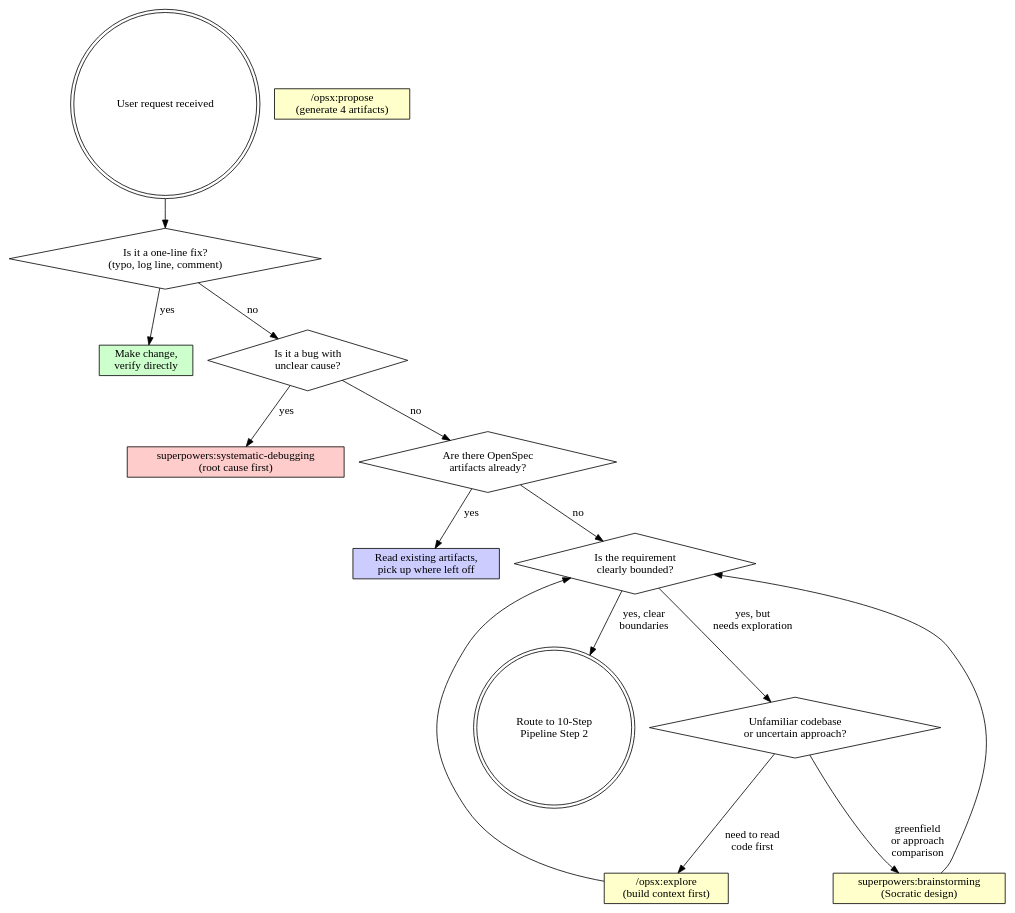
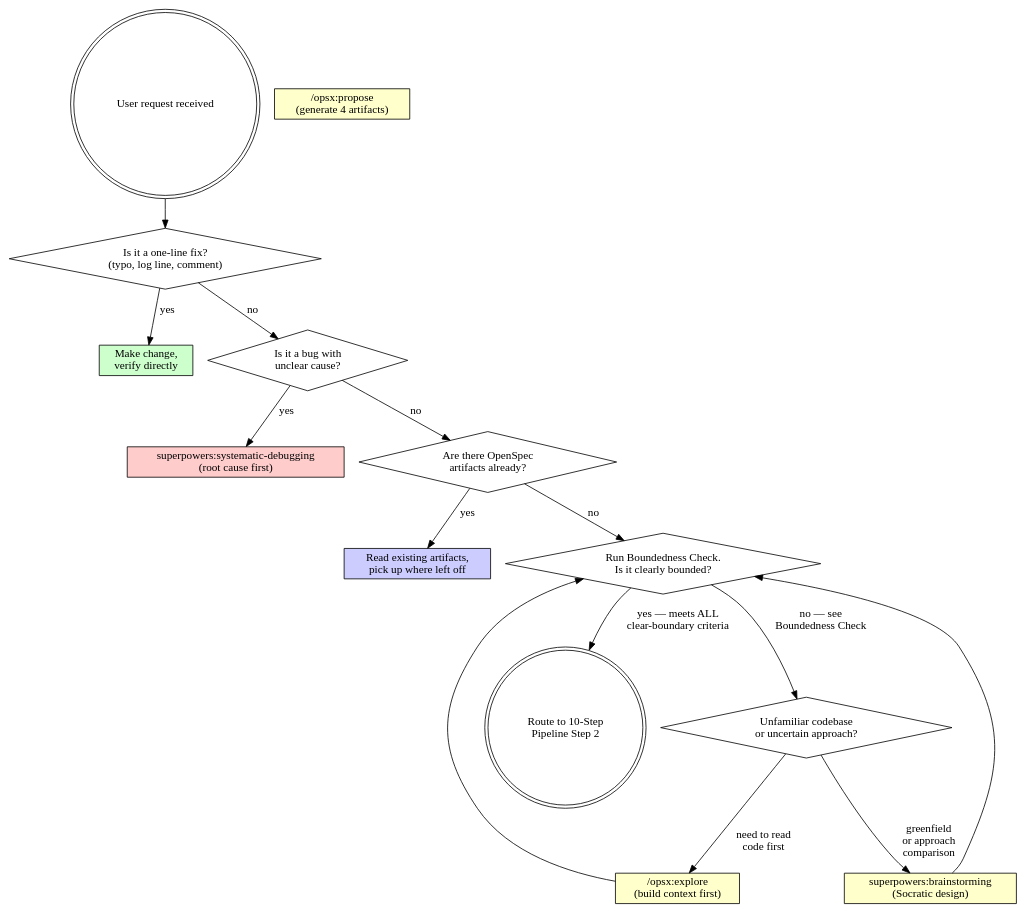
One commit to 9Ashwin/on-my-sdd changed the diagram in skills/sdd-workflow/SKILL.md. Above: the diagram before and after it, drawn with Graphviz. The commit also changed other lines of this file, not shown here.

First line of the commit message:
fix(sdd-workflow): add Boundedness Check to prevent fuzzy tasks from skipping brainstorming

````diff
--- a/skills/sdd-workflow/SKILL.md
+++ b/skills/sdd-workflow/SKILL.md
@@ -122,31 +142,31 @@
 ```dot
 digraph sdd_routing {
     "User request received" [shape=doublecircle];
     "Is it a one-line fix?\n(typo, log line, comment)" [shape=diamond];
     "Make change,\nverify directly" [shape=box style=filled fillcolor="#ccffcc"];
     "Is it a bug with\nunclear cause?" [shape=diamond];
     "superpowers:systematic-debugging\n(root cause first)" [shape=box style=filled fillcolor="#ffcccc"];
     "Are there OpenSpec\nartifacts already?" [shape=diamond];
     "Read existing artifacts,\npick up where left off" [shape=box style=filled fillcolor="#ccccff"];
-    "Is the requirement\nclearly bounded?" [shape=diamond];
+    "Run Boundedness Check.\nIs it clearly bounded?" [shape=diamond];
     "Unfamiliar codebase\nor uncertain approach?" [shape=diamond];
     "/opsx:propose\n(generate 4 artifacts)" [shape=box style=filled fillcolor="#ffffcc"];
     "/opsx:explore\n(build context first)" [shape=box style=filled fillcolor="#ffffcc"];
     "superpowers:brainstorming\n(Socratic design)" [shape=box style=filled fillcolor="#ffffcc"];
     "Route to 10-Step\nPipeline Step 2" [shape=doublecircle];
 
     "User request received" -> "Is it a one-line fix?\n(typo, log line, comment)";
     "Is it a one-line fix?\n(typo, log line, comment)" -> "Make change,\nverify directly" [label="yes"];
     "Is it a one-line fix?\n(typo, log line, comment)" -> "Is it a bug with\nunclear cause?" [label="no"];
     "Is it a bug with\nunclear cause?" -> "superpowers:systematic-debugging\n(root cause first)" [label="yes"];
     "Is it a bug with\nunclear cause?" -> "Are there OpenSpec\nartifacts already?" [label="no"];
     "Are there OpenSpec\nartifacts already?" -> "Read existing artifacts,\npick up where left off" [label="yes"];
-    "Are there OpenSpec\nartifacts already?" -> "Is the requirement\nclearly bounded?" [label="no"];
-    "Is the requirement\nclearly bounded?" -> "Unfamiliar codebase\nor uncertain approach?" [label="yes, but\nneeds exploration"];
-    "Is the requirement\nclearly bounded?" -> "Route to 10-Step\nPipeline Step 2" [label="yes, clear\nboundaries"];
+    "Are there OpenSpec\nartifacts already?" -> "Run Boundedness Check.\nIs it clearly bounded?" [label="no"];
+    "Run Boundedness Check.\nIs it clearly bounded?" -> "Unfamiliar codebase\nor uncertain approach?" [label="no — see\nBoundedness Check"];
+    "Run Boundedness Check.\nIs it clearly bounded?" -> "Route to 10-Step\nPipeline Step 2" [label="yes — meets ALL\nclear-boundary criteria"];
     "Unfamiliar codebase\nor uncertain approach?" -> "/opsx:explore\n(build context first)" [label="need to read\ncode first"];
     "Unfamiliar codebase\nor uncertain approach?" -> "superpowers:brainstorming\n(Socratic design)" [label="greenfield\nor approach\ncomparison"];
-    "/opsx:explore\n(build context first)" -> "Is the requirement\nclearly bounded?";
-    "superpowers:brainstorming\n(Socratic design)" -> "Is the requirement\nclearly bounded?";
+    "/opsx:explore\n(build context first)" -> "Run Boundedness Check.\nIs it clearly bounded?";
+    "superpowers:brainstorming\n(Socratic design)" -> "Run Boundedness Check.\nIs it clearly bounded?";
 }
 ```
````
